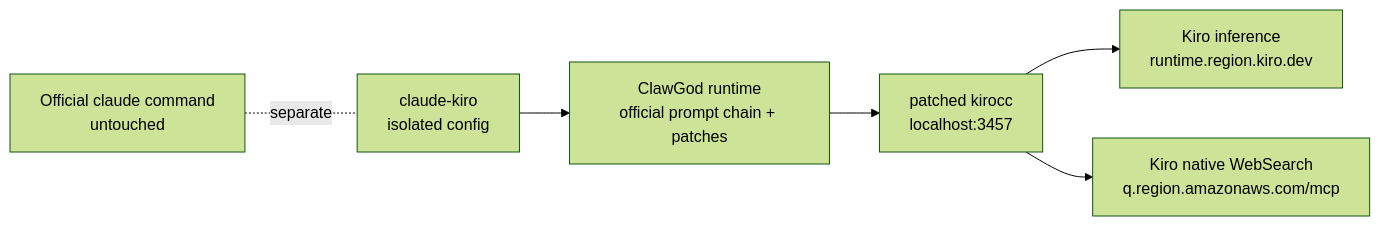
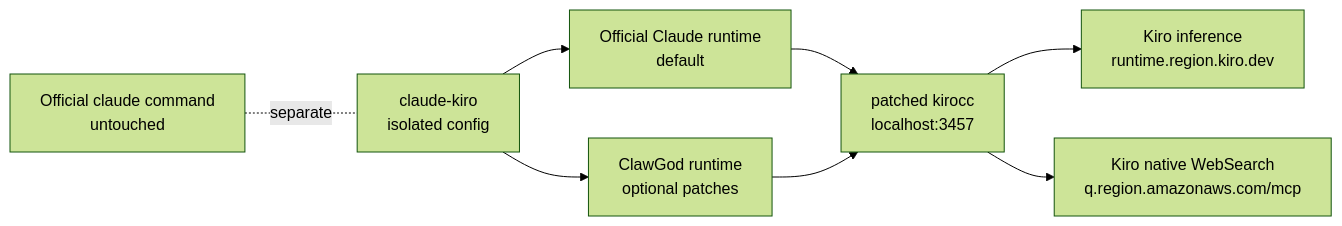
One commit to itututu/clawgod-kirocc changed the first of 2 diagrams in README.md. Above: the diagram before and after it, drawn with Mermaid (forest theme). The commit also changed other lines of this file and 22 other files, not shown here.

Commit message:
feat: add Windows support and optional ClawGod

````diff
--- a/README.md
+++ b/README.md
@@ -73,15 +79,18 @@
 ```mermaid
 flowchart LR
     Official["Official claude command<br/>untouched"]
     Launcher["claude-kiro<br/>isolated config"]
-    ClawGod["ClawGod runtime<br/>official prompt chain + patches"]
+    OfficialRuntime["Official Claude runtime<br/>default"]
+    ClawGod["ClawGod runtime<br/>optional patches"]
     Gateway["patched kirocc<br/>localhost:3457"]
     Runtime["Kiro inference<br/>runtime.region.kiro.dev"]
     Search["Kiro native WebSearch<br/>q.region.amazonaws.com/mcp"]
 
     Official -. "separate" .- Launcher
+    Launcher --> OfficialRuntime
     Launcher --> ClawGod
+    OfficialRuntime --> Gateway
     ClawGod --> Gateway
     Gateway --> Runtime
     Gateway --> Search
 ```
````
